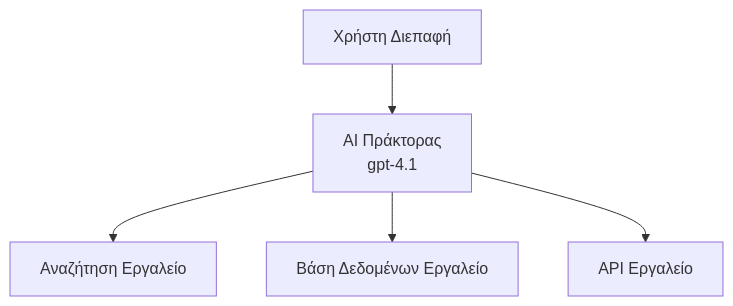
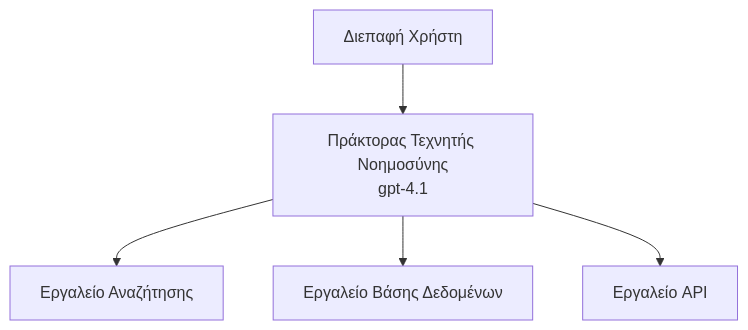
Before and after one commit to microsoft/AZD-for-beginners: the first of 3 diagrams in translations/el/docs/chapter-02-ai-development/agents.md, drawn with Mermaid. The commit also changed other lines of this file and 104 other files, not shown here.

````diff
--- a/translations/el/docs/chapter-02-ai-development/agents.md
+++ b/translations/el/docs/chapter-02-ai-development/agents.md
@@ -157,7 +162,7 @@
 ```mermaid
 graph TD
-    UI[Χρήστη Διεπαφή] --> Agent[AI Πράκτορας<br/>gpt-4.1]
-    Agent --> Search[Αναζήτηση Εργαλείο]
-    Agent --> Database[Βάση Δεδομένων Εργαλείο]
-    Agent --> API[API Εργαλείο]
+    UI[Διεπαφή Χρήστη] --> Agent[Πράκτορας Τεχνητής Νοημοσύνης<br/>gpt-4.1]
+    Agent --> Search[Εργαλείο Αναζήτησης]
+    Agent --> Database[Εργαλείο Βάσης Δεδομένων]
+    Agent --> API[Εργαλείο API]
 ```
````
